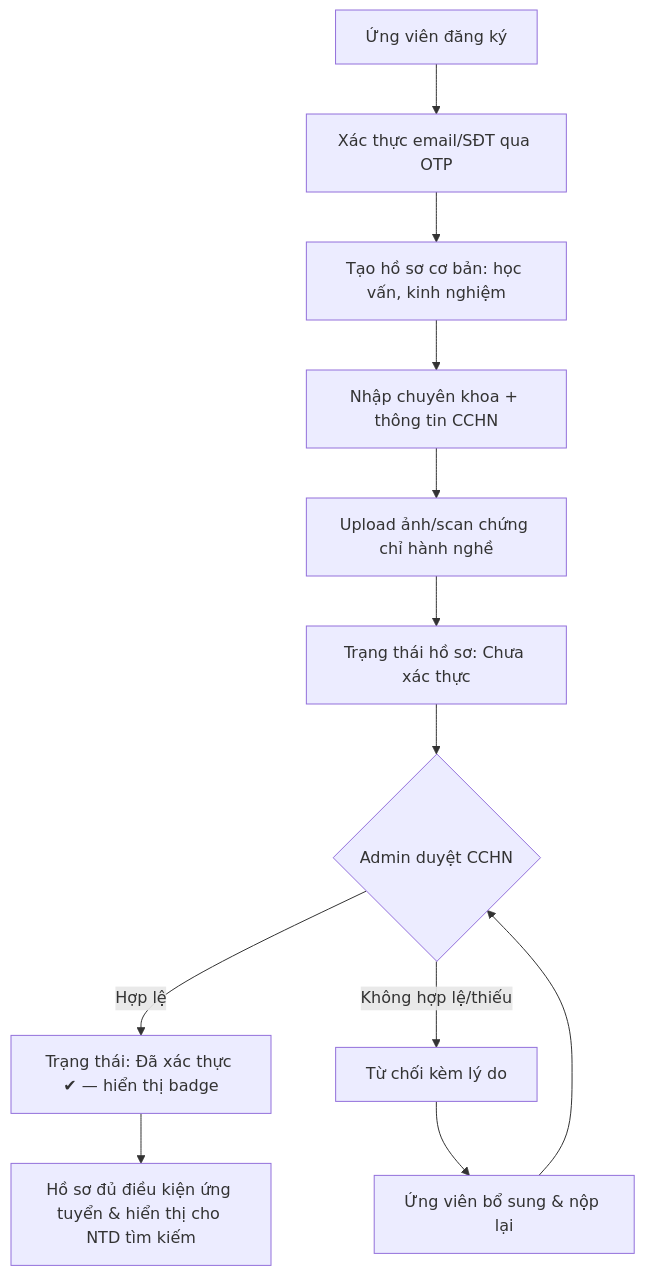
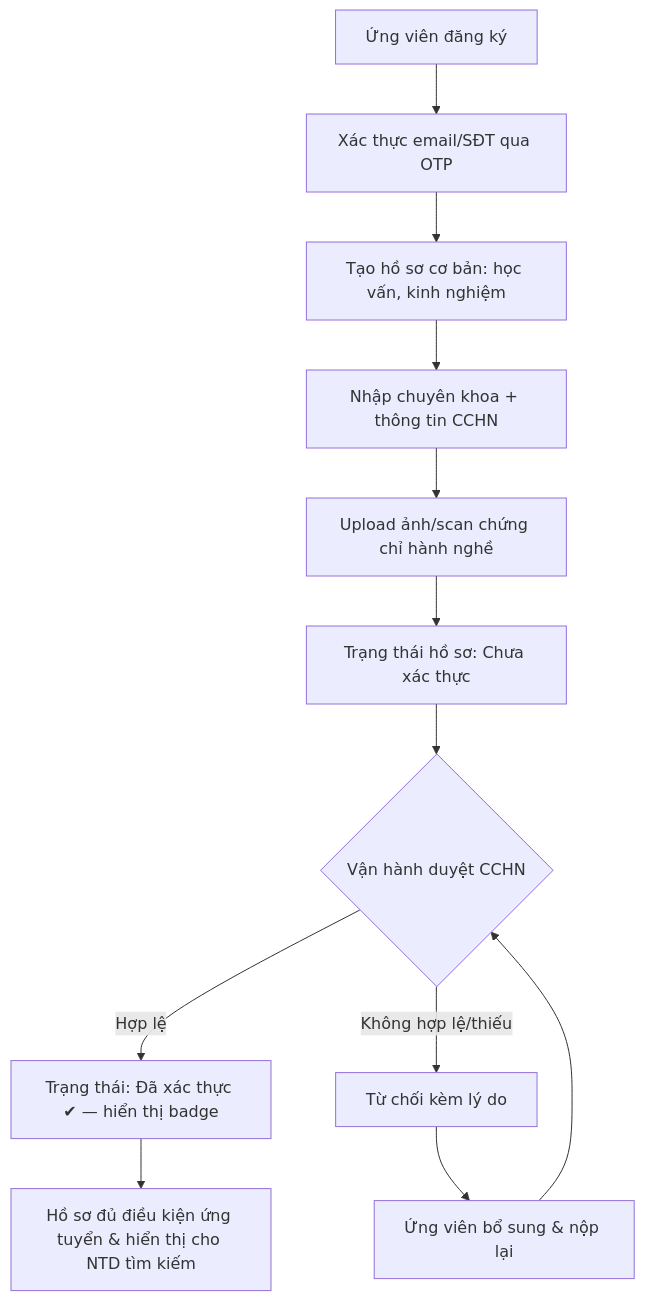
The first of 7 diagrams in docs/nghiep-vu/LUONG-NGHIEP-VU-MAN-HINH.md (minhtungle/GiapTech.BlouseHiding), drawn with Mermaid before and after one commit. The commit also changed other lines of this file and 20 other files, not shown here.

````diff
--- a/docs/nghiep-vu/LUONG-NGHIEP-VU-MAN-HINH.md
+++ b/docs/nghiep-vu/LUONG-NGHIEP-VU-MAN-HINH.md
@@ -13,14 +17,14 @@
 ```mermaid
 flowchart TD
     A[Ứng viên đăng ký] --> B[Xác thực email/SĐT qua OTP]
     B --> C[Tạo hồ sơ cơ bản: học vấn, kinh nghiệm]
     C --> D[Nhập chuyên khoa + thông tin CCHN]
     D --> E[Upload ảnh/scan chứng chỉ hành nghề]
     E --> F[Trạng thái hồ sơ: Chưa xác thực]
-    F --> G{Admin duyệt CCHN}
+    F --> G{Vận hành duyệt CCHN}
     G -- Hợp lệ --> H[Trạng thái: Đã xác thực ✔ — hiển thị badge]
     G -- Không hợp lệ/thiếu --> I[Từ chối kèm lý do]
     I --> J[Ứng viên bổ sung & nộp lại]
     J --> G
     H --> K[Hồ sơ đủ điều kiện ứng tuyển & hiển thị cho NTD tìm kiếm]
 ```
````
